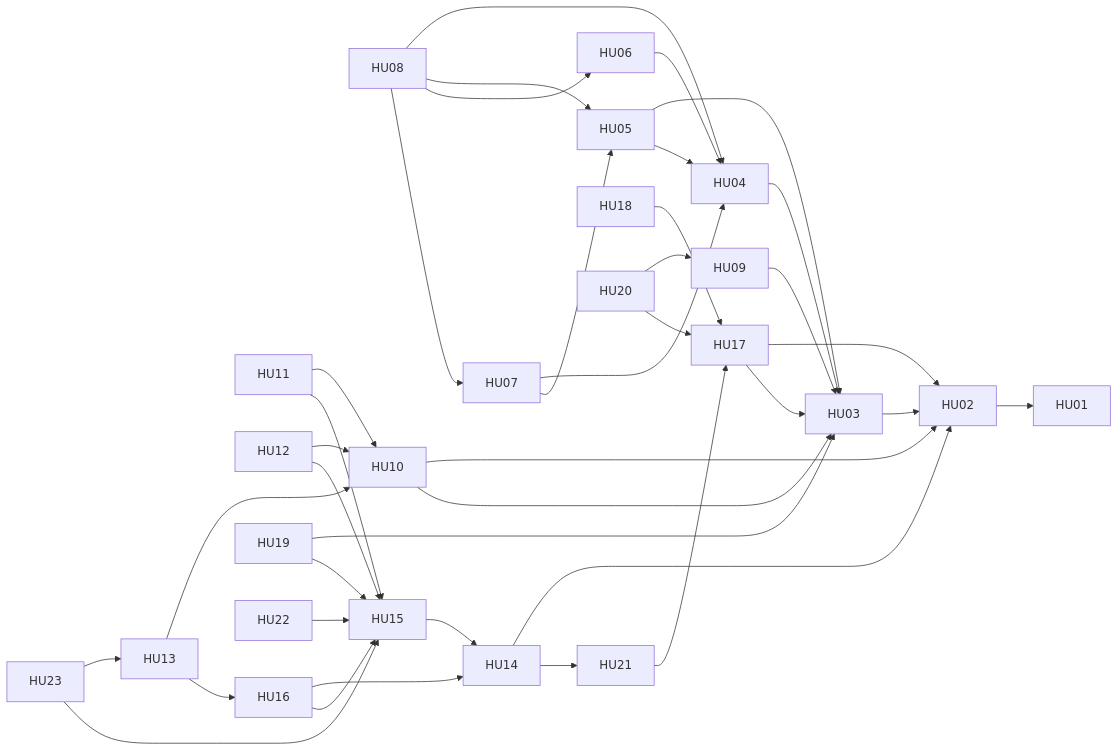
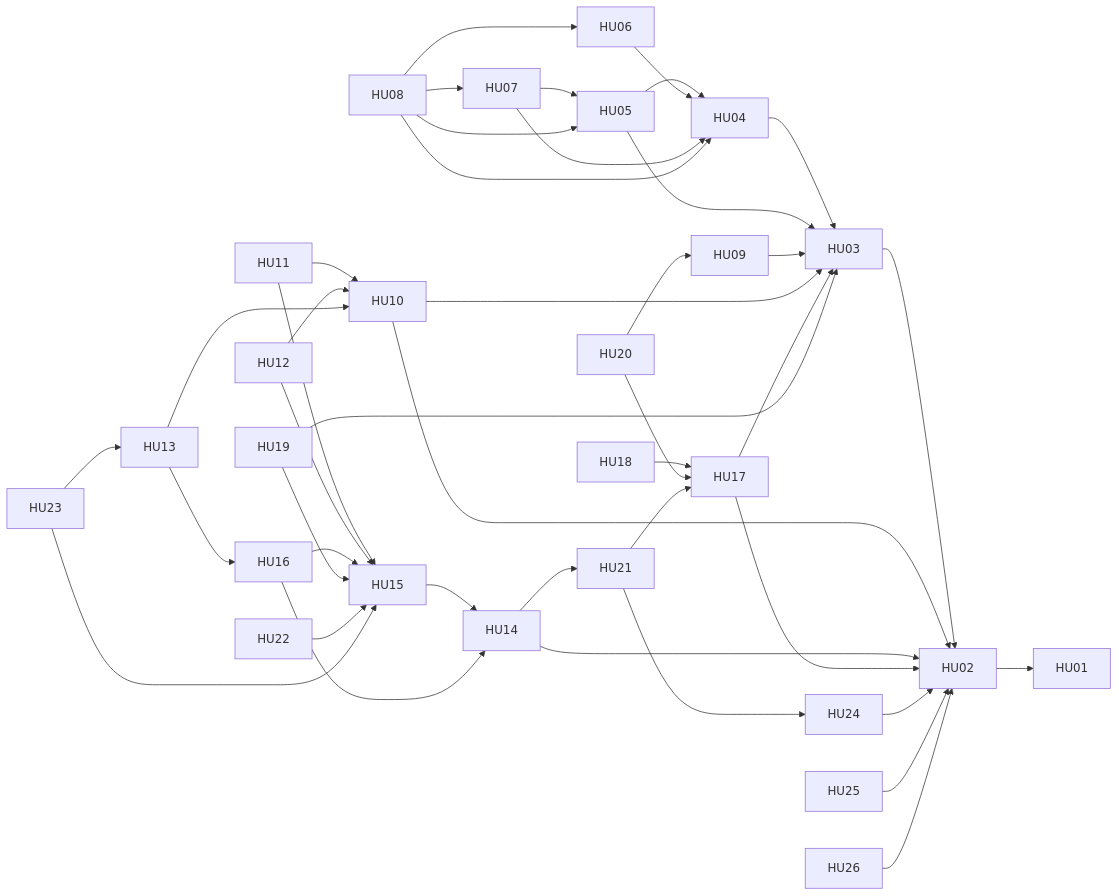
One commit to Torres9429/FixFlow-Mobile changed the diagram in docs/requirements/user-stories/README.md. Above: the diagram before and after it, drawn with Mermaid. The commit also changed other lines of this file and 34 other files, not shown here.

````diff
--- a/docs/requirements/user-stories/README.md
+++ b/docs/requirements/user-stories/README.md
@@ -76,40 +79,44 @@
 ```mermaid
 graph LR
   HU02 --> HU01
   HU03 --> HU02
   HU04 --> HU03
   HU05 --> HU03
   HU05 --> HU04
   HU06 --> HU04
   HU07 --> HU04
   HU07 --> HU05
   HU08 --> HU04
   HU08 --> HU05
   HU08 --> HU06
   HU08 --> HU07
   HU09 --> HU03
   HU10 --> HU02
   HU10 --> HU03
   HU11 --> HU10
   HU11 --> HU15
   HU12 --> HU10
   HU12 --> HU15
   HU13 --> HU10
   HU13 --> HU16
   HU14 --> HU02
   HU14 --> HU21
   HU15 --> HU14
   HU16 --> HU14
   HU16 --> HU15
   HU17 --> HU02
   HU17 --> HU03
   HU18 --> HU17
   HU19 --> HU03
   HU19 --> HU15
   HU20 --> HU09
   HU20 --> HU17
   HU21 --> HU17
+  HU21 --> HU24
   HU22 --> HU15
   HU23 --> HU13
   HU23 --> HU15
+  HU24 --> HU02
+  HU25 --> HU02
+  HU26 --> HU02
 ```
````
